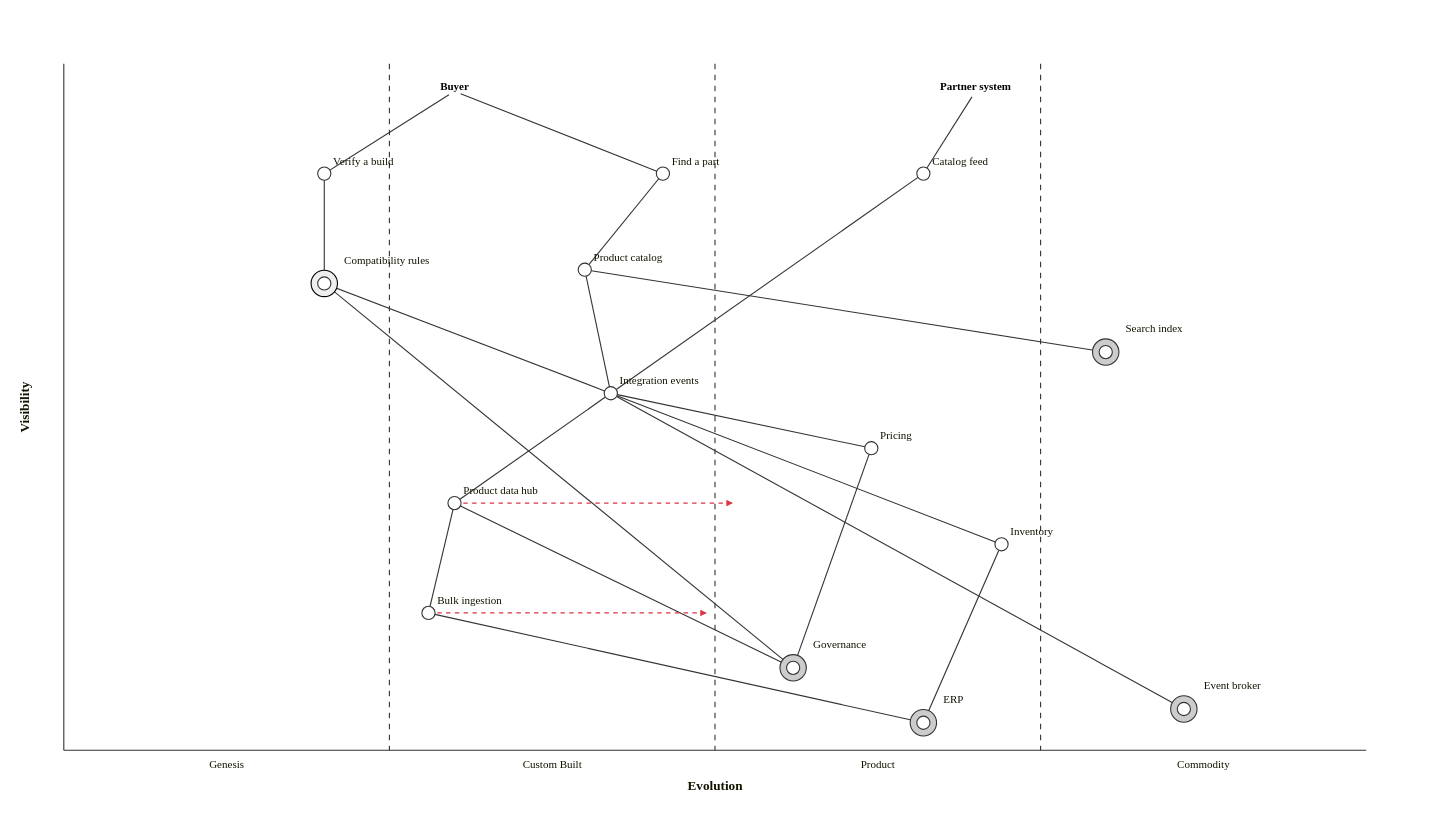
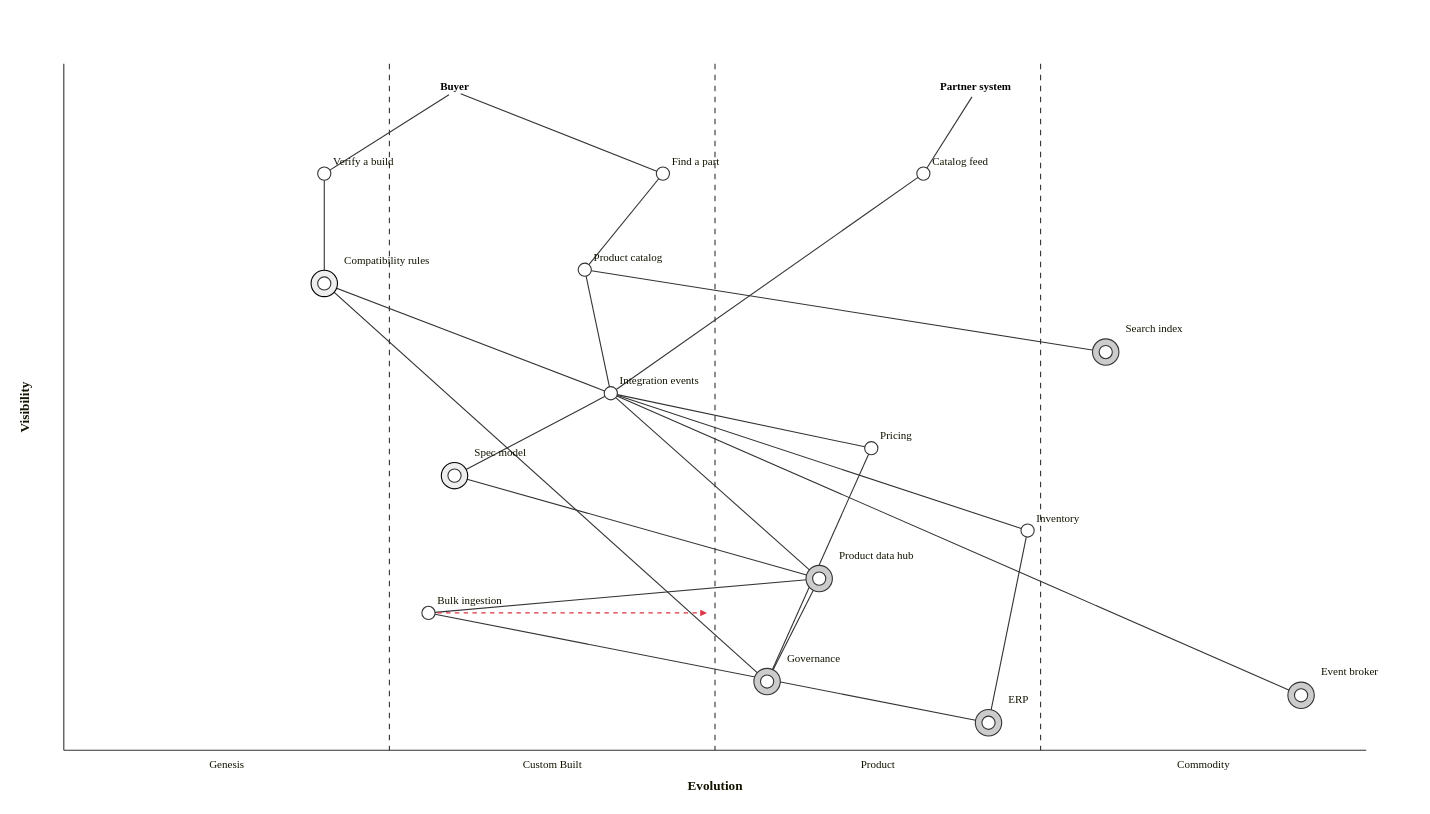
The diagram in design/strategy/architecture-for-flow/wardley-map.mmd (cjjohansen/drone-web), drawn with Mermaid before and after one commit. The commit also changed 1 other file, not shown here.

Commit message:
Landscape map: split the product data hub from the spec model
Product Lifecycle is Supporting with a Core spec model (D-037). The hub
(records, lifecycle states) moves to the product stage and is marked buy.
The spec model the compatibility rules read is a new custom-built
component, marked build. Inventory keeps its link to the ERP.

Claude-Session: https://claude.ai/code/session_01GbHJmxp4AR2s8vk4MLEusy

```diff
--- a/design/strategy/architecture-for-flow/wardley-map.mmd
+++ b/design/strategy/architecture-for-flow/wardley-map.mmd
@@ -1,90 +1,105 @@
 wardley-beta
 size [1280, 720]
 
 %% Drone Web: a Wardley map of the drone shop's catalog landscape.
 %% Coordinates are [visibility, evolution]. Evolution: genesis 0-0.25, custom built 0.25-0.5,
 %% product 0.5-0.75, commodity 0.75-1. Placement is a judgement from the repo's design
 %% artifacts (see subdomains-and-contexts.md); Core/Supporting/Generic typing from
 %% design/catalog-management-v2/addr/align/boundary-map.md was an input, not the answer.
 
 %% Two users on purpose: the human buyer and the partner system are the two participant
 %% groups the storefront run separated (D-005, D-007). Comparing them is part of the point.
 anchor "Buyer" [0.96, 0.30]
 anchor "Partner system" [0.96, 0.70]
 
 %% Needs. "Find a part" covers storefront JS1, JS2, JS3 and JS5 (search, evaluate, compare,
 %% browse), including volume pricing and lead times for the Fleet Procurement Buyer.
 %% "Verify a build" is storefront JS4. "Catalog feed" is storefront JS6.
 component "Find a part" [0.84, 0.46]
 component "Verify a build" [0.84, 0.20]
 component "Catalog feed" [0.84, 0.66]
 
 component "Product catalog" [0.70, 0.40]
 component "Compatibility rules" [0.68, 0.20] (build)
 component "Search index" [0.58, 0.80] (buy)
 component "Integration events" [0.52, 0.42]
-component "Product data hub" [0.36, 0.30]
+component "Spec model" [0.40, 0.30] (build)
+component "Product data hub" [0.25, 0.58] (buy)
 component "Pricing" [0.44, 0.62]
-component "Inventory" [0.30, 0.72]
-component "Governance" [0.12, 0.56] (buy)
+component "Inventory" [0.32, 0.74]
+component "Governance" [0.10, 0.54] (buy)
 component "Bulk ingestion" [0.20, 0.28]
-component "ERP" [0.04, 0.66] (buy)
-component "Event broker" [0.06, 0.86] (buy)
+component "ERP" [0.04, 0.71] (buy)
+component "Event broker" [0.08, 0.95] (buy)
 
 "Buyer" -> "Find a part"
 "Buyer" -> "Verify a build"
 "Partner system" -> "Catalog feed"
 
 "Find a part" -> "Product catalog"
 "Verify a build" -> "Compatibility rules"
 "Catalog feed" -> "Integration events"
 
 "Product catalog" -> "Search index"
 "Product catalog" -> "Integration events"
 "Compatibility rules" -> "Integration events"
 "Compatibility rules" -> "Governance"
 
+"Integration events" -> "Spec model"
 "Integration events" -> "Product data hub"
 "Integration events" -> "Pricing"
 "Integration events" -> "Inventory"
 "Integration events" -> "Event broker"
 
+"Spec model" -> "Product data hub"
 "Product data hub" -> "Bulk ingestion"
 "Product data hub" -> "Governance"
 "Pricing" -> "Governance"
 "Inventory" -> "ERP"
 "Bulk ingestion" -> "ERP"
 
-%% Product master data management is a product-stage market (PIM tools). What makes the shop
-%% different is the spec data the compatibility rules read, not the tool that stores it.
-evolve "Product data hub" 0.52
+%% Product Lifecycle is Supporting, with a Core spec model (D-037, product event contracts, in
+%% .ralph/agent/decisions.md). Its two parts sit at different stages, so the map shows them apart.
+%% Product data hub: product records, lifecycle states and replacement links. Product master data
+%% management is a product-stage market (PIM tools): buy the hub, or build it thin, behind an ACL.
+%% Spec model: the specs the compatibility rules read (voltage, current, mounting, protocol). It is
+%% the shop's own, so it is custom built. It stays in Product Data; it does not move to Compatibility.
+%% The spec model needs the hub: specs describe a product that the hub identifies.
 %% Bulk ingestion (Supporting): batch validation, retry and replay are well understood; build it
 %% once as a shared, self-service capability rather than per team.
 evolve "Bulk ingestion" 0.50
 
 %% Today's bottleneck: every interviewed role names unclear ownership and poor data quality in the
 %% product data flow (Specs/Case/JTBD/personas/cross-persona-summary.md). Everything above waits on it.
 %% constraint "Product data hub"
 
 %% comment "Core: the differentiator | build and invest here" "Compatibility rules"
 %% comment "Typed Core, but a product-stage | capability: buy or keep thin?" "Pricing"
 
 %% Review answers that aren't obvious from the links:
 %% Who needs Integration events? The three read-side contexts (Catalog, Compatibility, Partner
 %% Catalog) build their own projections from them; no synchronous cross-boundary calls (D-005).
 %% If Integration events stopped, all three read sides go stale: hence the three links into it.
+%% Compatibility rules reach the spec model through the published spec stream (an ACL turns specs
+%% into component attributes), never by a direct call: so that link runs through Integration events.
+%% Integration events also need the hub directly, not only through the spec model: the Catalog and
+%% the partner feed read the product record stream (identity, lifecycle state), which the hub owns.
+%% direct-need "Integration events" "Product data hub"
 %% Integration events is a hub: links leave it in every direction.
 %% allow-crossing "Integration events"
 %% The Buyer link arrives from the left, so the label goes right.
 %% label-side "Find a part" right
+%% Event broker sits at the right edge, and links reach Governance from both sides: labels go below.
+%% label-side "Event broker" below
+%% label-side "Governance" below
 %% Catalog feed needs only the events, never the Catalog API (D-015): no link to Product catalog.
 %% Compatibility rules need Governance: rule changes go through approval before external
 %% visibility (SubmitRuleChangeForApproval in the boundary map).
 %% direct-need "Compatibility rules" "Governance"
 %% Inventory and Bulk ingestion need the ERP: the JTBD interviews name a core ERP as the
 %% source of stock and product records. The map stops there.
 %% leaf "ERP"
 %% Governance is a generic approval workflow; the map stops at the product it would be bought as.
 %% leaf "Governance"
 %% Checkout and payment are out of scope in the repo (event-storming.md: "to cart/checkout,
 %% out of scope"), so they are not on the map.
```
